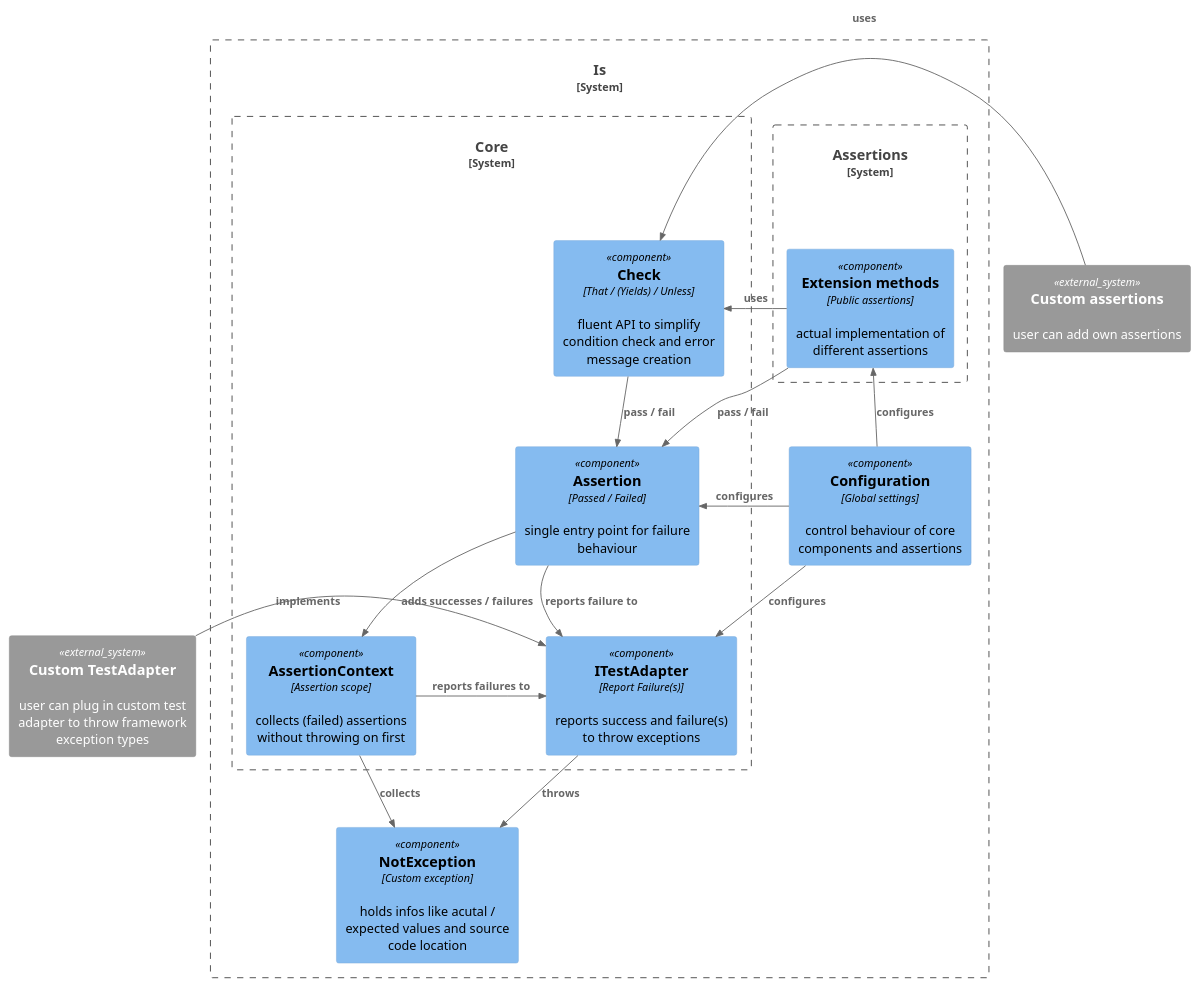
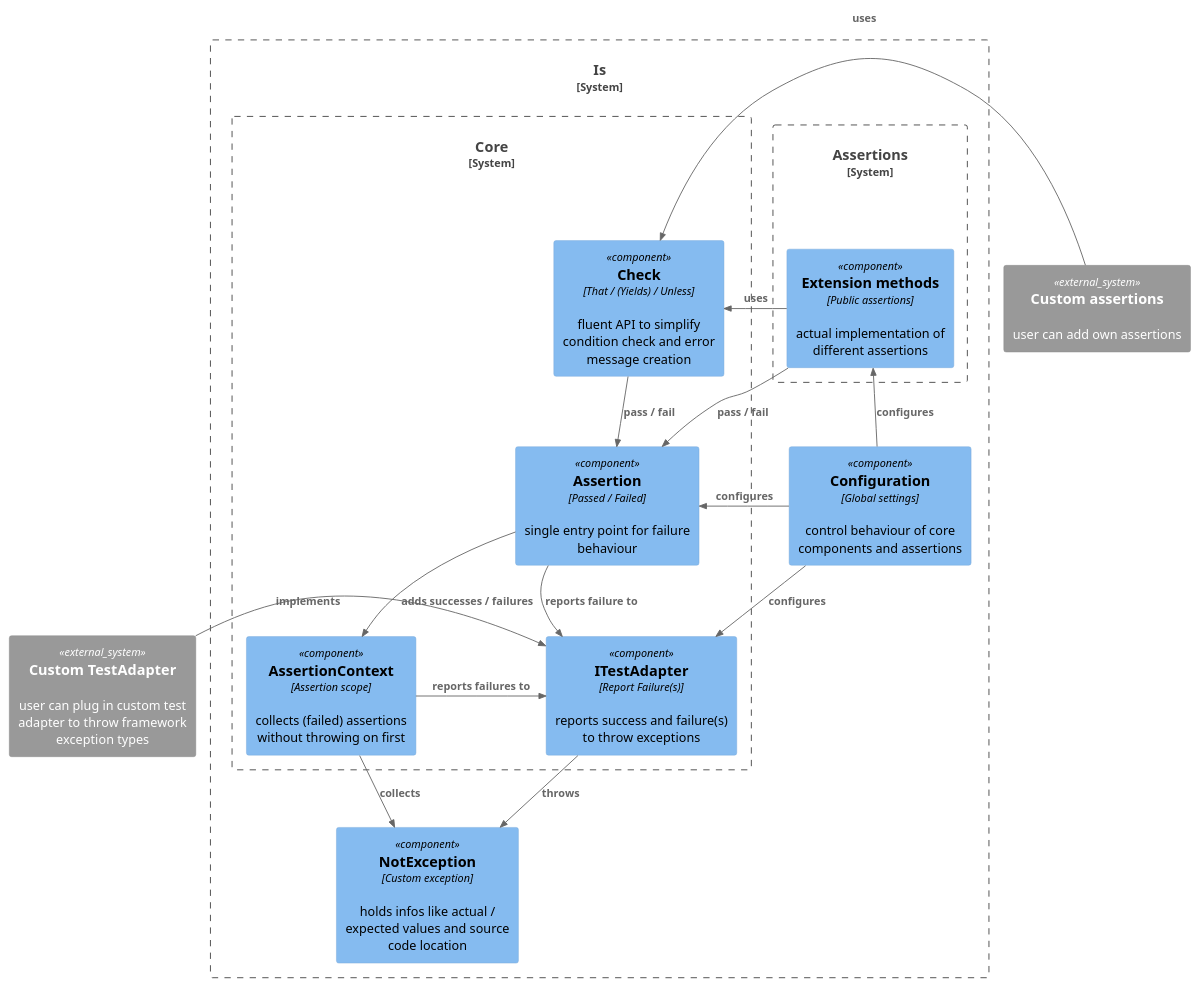
One commit to chrismo80/Is changed the diagram in Docs/Architecture.plantuml. Above: the diagram before and after it, drawn with PlantUML. The commit also changed 3 other files, not shown here.

```diff
--- a/Docs/Architecture.plantuml
+++ b/Docs/Architecture.plantuml
@@ -1,51 +1,43 @@
 @startuml "Architecture"
 
 !include <C4/C4_Component>
-
-' !theme reddress-darkblue
-' !theme plain
-' !theme metal
-' !theme materia
-
-' left to right direction
 
 System_Ext(ca, "Custom assertions", "user can add own assertions")
 System_Ext(cta, "Custom TestAdapter", "user can plug in custom test adapter to throw framework exception types")
 
 System_Boundary(Is, "Is") {
-    Component(ex, "NotException", "Custom exception", "holds infos like acutal / expected values and source code location")
+    Component(ex, "NotException", "Custom exception", "holds infos like actual / expected values and source code location")
     Component(conf, "Configuration", "Global settings", "control behaviour of core components and assertions")
 
     System_Boundary(Assertions, "Assertions") {
         Component(ext, "Extension methods", "Public assertions", "actual implementation of different assertions")
         }
 
     System_Boundary(Core, "Core") {
         Component(ass, "Assertion", "Passed / Failed", "single entry point for failure behaviour")
         Component(check, "Check", "That / (Yields) / Unless", "fluent API to simplify condition check and error message creation")
         Component(ctx, "AssertionContext", "Assertion scope", "collects (failed) assertions without throwing on first")
         Component(ita, "ITestAdapter", "Report Failure(s)", "reports success and failure(s) to throw exceptions")
         }
     }
 }
 
 Rel(ass, ita, "reports failure to")
 Rel(ctx, ex, "collects")
 Rel(ita, ex, "throws")
 Rel_R(cta, ita, "implements")
 
 Rel_U(ext, check, "uses")
 Rel(ext, ass, "pass / fail")
 Rel_L(ca, check, "uses")
 
 Rel_L(ctx, ita, "reports failures to")
 
 Rel(check, ass, "pass / fail")
 Rel(ass, ctx, "adds successes / failures")
 
 Rel_U(conf, ext, "configures")
 Rel_R(conf, ass, "configures")
 Rel(conf, ita, "configures")
 
-
 @enduml
```
